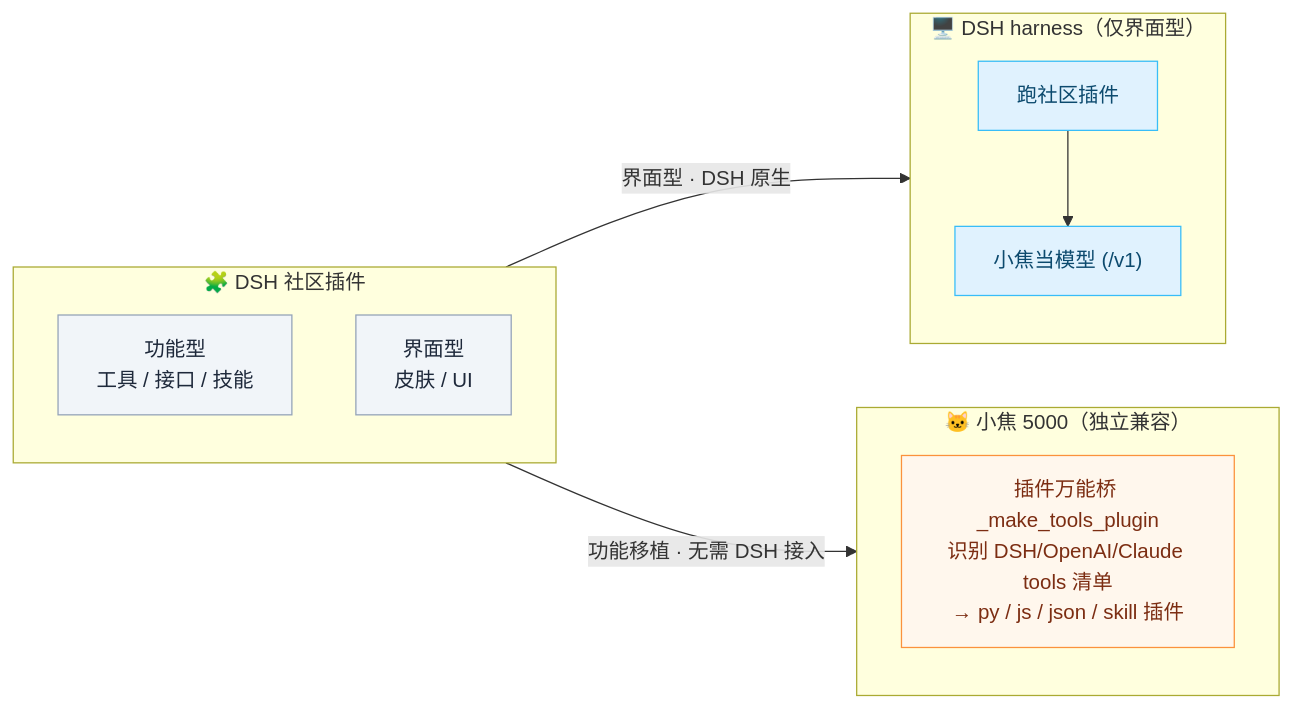
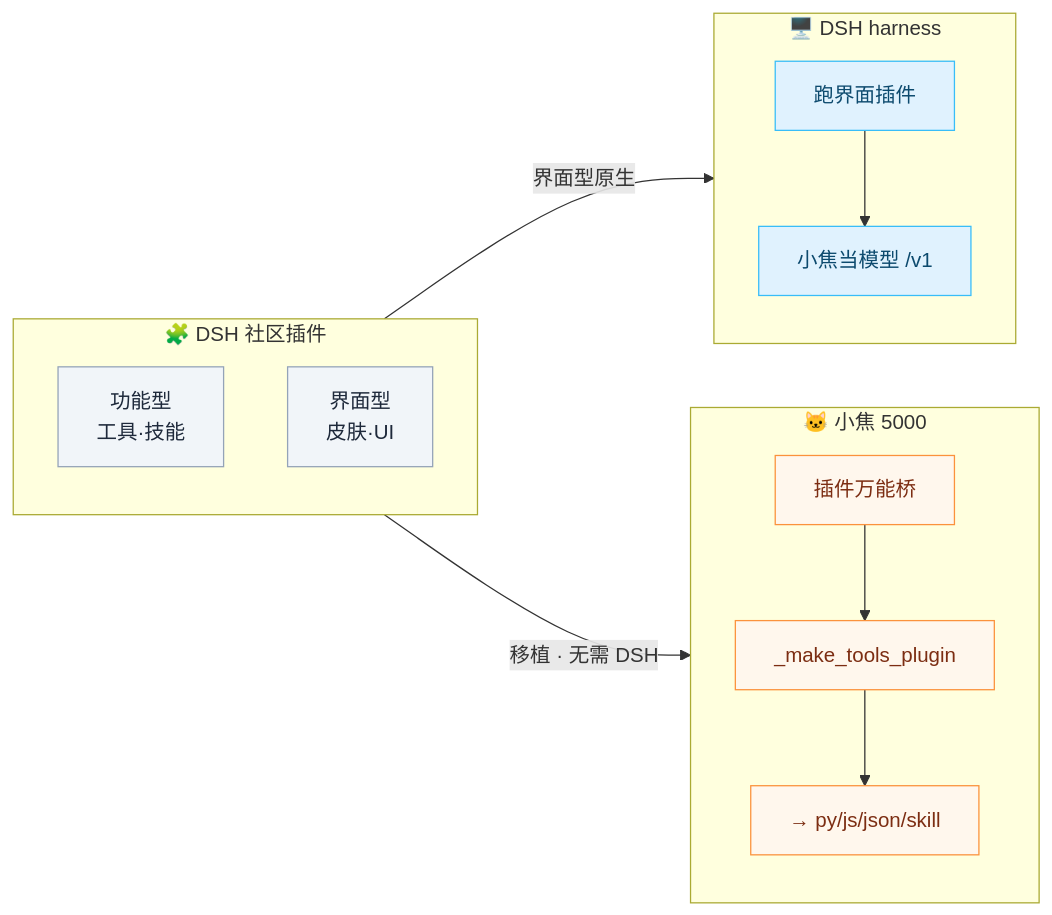
Before and after one commit to jiangchuangege/xiaojiao-harness: the second of 8 diagrams in README.md, drawn with Mermaid. The commit also changed other lines of this file, not shown here.

Commit message:
chore: remove unused dsh_bridge SDK shell; clarify DSH feature-plugin compat; add N.E.K.O.-xiaojiao diagram

````diff
--- a/README.md
+++ b/README.md
@@ -210,30 +210,33 @@
 ```mermaid
 flowchart LR
     subgraph DSHC["🧩 DSH 社区插件"]
         direction TB
-        D1["功能型<br/>工具 / 接口 / 技能"]
-        D2["界面型<br/>皮肤 / UI"]
+        D1["功能型<br/>工具·技能"]
+        D2["界面型<br/>皮肤·UI"]
     end
 
-    subgraph XJ["🐱 小焦 5000（独立兼容）"]
+    subgraph XJ["🐱 小焦 5000"]
         direction TB
-        X1["插件万能桥 _make_tools_plugin<br/>识别 DSH/OpenAI/Claude tools 清单<br/>→ py / js / json / skill 插件"]
+        X1["插件万能桥"]
+        X2["_make_tools_plugin"]
+        X3["→ py/js/json/skill"]
+        X1 --> X2 --> X3
     end
 
-    subgraph DSH["🖥️ DSH harness（仅界面型）"]
+    subgraph DSHW["🖥️ DSH harness"]
         direction TB
-        DS1["跑社区插件"]
-        DS2["小焦当模型 (/v1)"]
+        DS1["跑界面插件"]
+        DS2["小焦当模型 /v1"]
+        DS1 --> DS2
     end
 
-    D1 -->|"功能移植 · 无需 DSH 接入"| X1
-    D2 -->|"界面型 · DSH 原生"| DS1
-    DS1 --> DS2
+    D1 -->|"移植 · 无需 DSH"| X1
+    D2 -->|"界面型原生"| DS1
 
     classDef dshc fill:#f1f5f9,stroke:#94a3b8,color:#1e293b;
     classDef xj fill:#fff7ed,stroke:#fb923c,color:#7c2d12;
     classDef dsh fill:#e0f2fe,stroke:#38bdf8,color:#0c4a6e;
     class D1,D2 dshc;
-    class X1 xj;
+    class X1,X2,X3 xj;
     class DS1,DS2 dsh;
 ```
````
